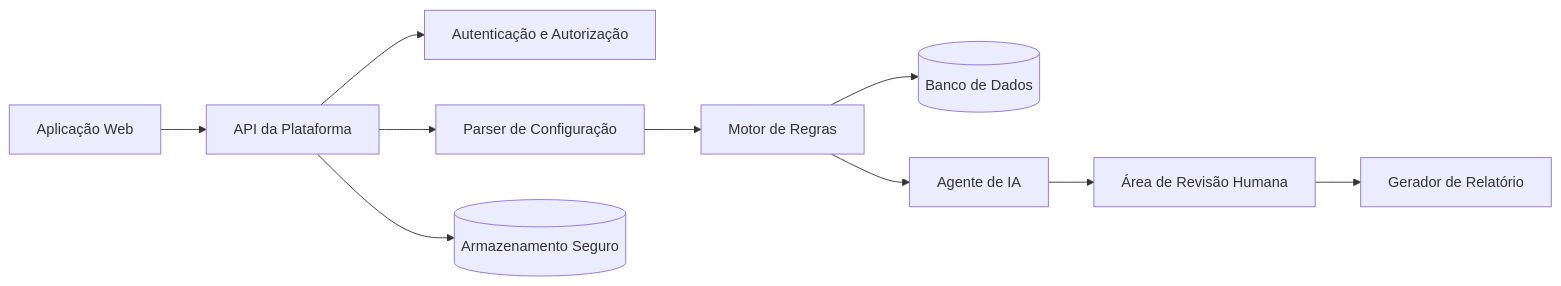
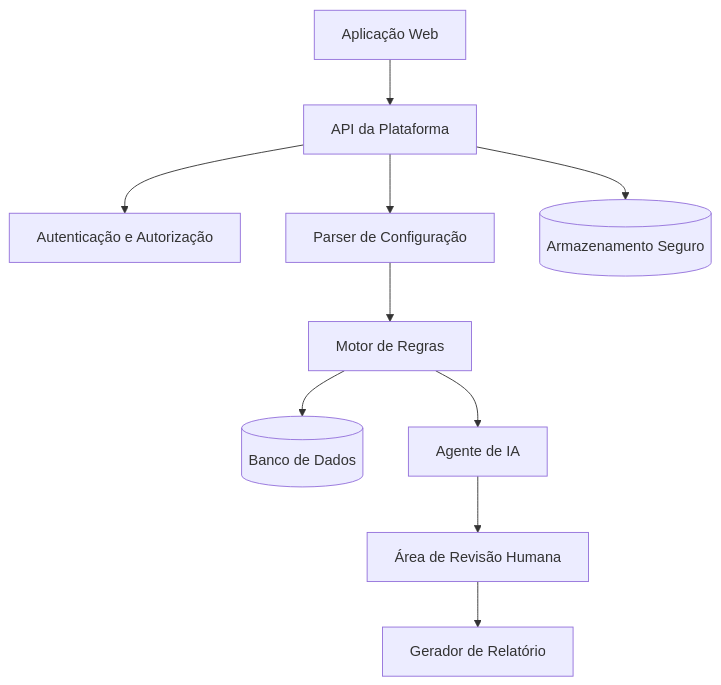
The diagram in Especificação do Projeto.md (Kakashi0101/NetRunner), drawn with Mermaid before and after one commit. The commit also changed other lines of this file and 5 other files, not shown here.

````diff
--- a/Especificação do Projeto.md
+++ b/Especificação do Projeto.md
@@ -97,12 +103,12 @@
 ```mermaid
-flowchart LR
+flowchart TD
     UI[Aplicação Web] --> API[API da Plataforma]
     API --> AUTH[Autenticação e Autorização]
     API --> PARSER[Parser de Configuração]
     PARSER --> RULES[Motor de Regras]
     RULES --> DB[(Banco de Dados)]
     RULES --> AI[Agente de IA]
     AI --> REVIEW[Área de Revisão Humana]
     REVIEW --> REPORT[Gerador de Relatório]
     API --> STORAGE[(Armazenamento Seguro)]
 ```
````
